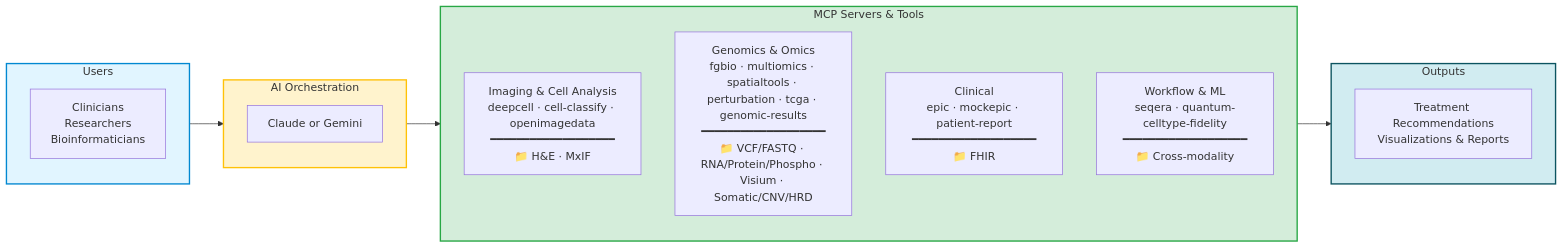
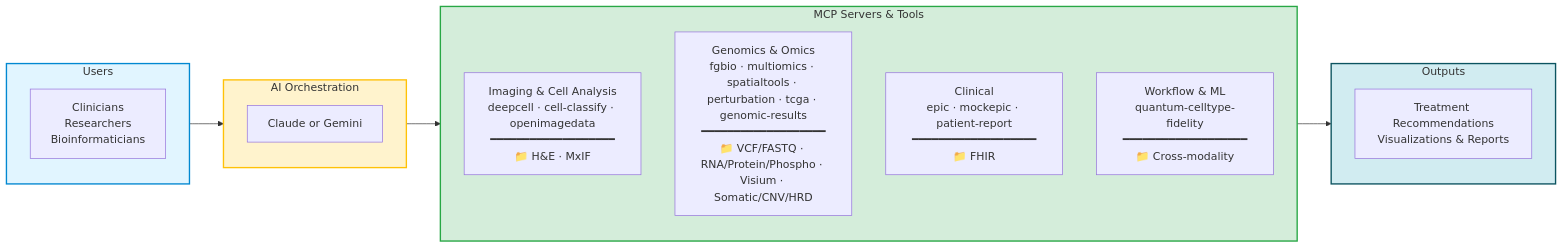
Before and after one commit to raymond301/precision-medicine-mcp: the diagram in docs/for-funders/EXECUTIVE_SUMMARY.md, drawn with Mermaid. The commit also changed 68 other files, not shown here.

````diff
--- a/docs/for-funders/EXECUTIVE_SUMMARY.md
+++ b/docs/for-funders/EXECUTIVE_SUMMARY.md
@@ -13,31 +13,31 @@
 ```mermaid
 graph LR
     subgraph Users["Users"]
         U[Clinicians<br/>Researchers<br/>Bioinformaticians]
     end
 
     subgraph AI["AI Orchestration"]
         LLM[Claude or Gemini]
     end
 
     subgraph Servers["MCP Servers & Tools"]
         direction TB
         IMAGING["Imaging & Cell Analysis<br/>deepcell · cell-classify · openimagedata<br/>━━━━━━━━━━━━━━━━━━━<br/>📁 H&E · MxIF"]
         GENOMICS["Genomics & Omics<br/>fgbio · multiomics · spatialtools · perturbation · tcga · genomic-results<br/>━━━━━━━━━━━━━━━━━━━<br/>📁 VCF/FASTQ · RNA/Protein/Phospho · Visium · Somatic/CNV/HRD"]
         CLINICAL["Clinical<br/>epic · mockepic · patient-report<br/>━━━━━━━━━━━━━━━━━━━<br/>📁 FHIR"]
-        WORKFLOW["Workflow & ML<br/>seqera · quantum-celltype-fidelity<br/>━━━━━━━━━━━━━━━━━━━<br/>📁 Cross-modality"]
+        WORKFLOW["Workflow & ML<br/>quantum-celltype-fidelity<br/>━━━━━━━━━━━━━━━━━━━<br/>📁 Cross-modality"]
     end
 
     subgraph Output["Outputs"]
         O[Treatment Recommendations<br/>Visualizations & Reports]
     end
 
     Users --> AI
     AI --> Servers
     Servers --> Output
 
     style Users fill:#e1f5ff,stroke:#0288d1,stroke-width:2px
     style AI fill:#fff3cd,stroke:#ffc107,stroke-width:2px
     style Servers fill:#d4edda,stroke:#28a745,stroke-width:2px
     style Output fill:#d1ecf1,stroke:#0c5460,stroke-width:2px
 ```
````
